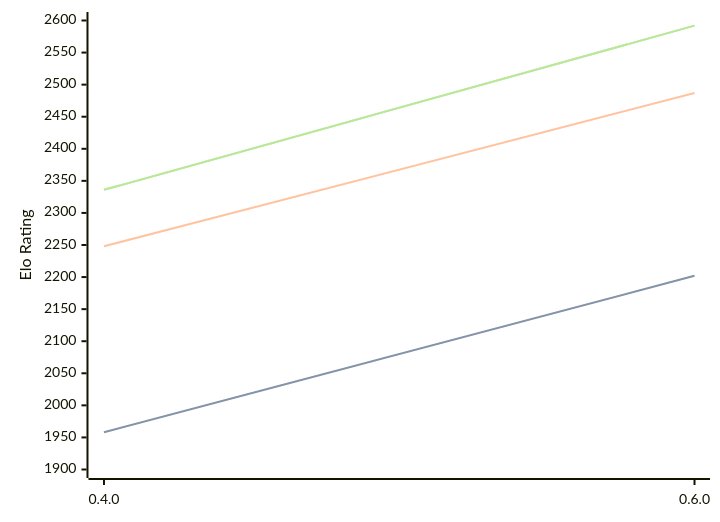
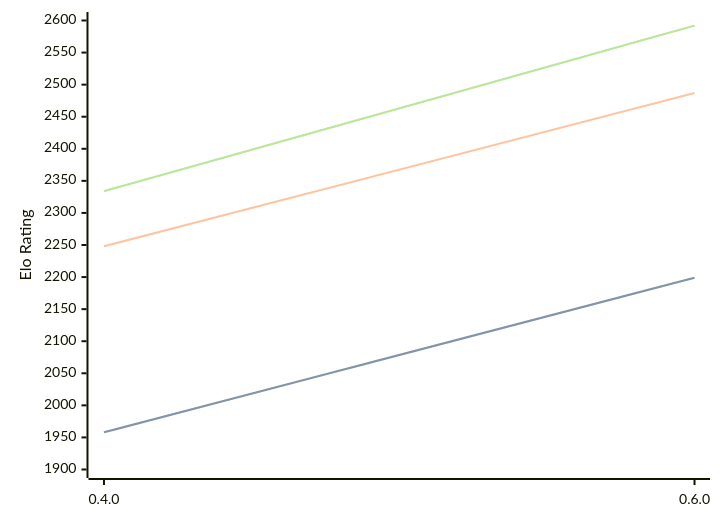
Before and after one commit to computer-chess-index/cci: the diagram in engines/Ariadne.md, drawn with Mermaid. The commit also changed other lines of this file, not shown here.

Commit message:
Update CCI Ratings (ELO VLTC) - 2026-09-05

````diff
--- a/engines/Ariadne.md
+++ b/engines/Ariadne.md
@@ -36,11 +36,11 @@
 ```mermaid
 %%{init: {"theme":"base","themeVariables":{"seriesColors:['#a3a3a3','#222221','#faa371']}}}%%
 xychart-beta
   x-axis ["0.4.0", "0.6.0"]
   y-axis "Elo Rating" 1900 --> 2600
-  line "" [1958, 2202]
-  line "STC (8.0+0.08s)" [1958, 2202]
+  line "" [1958, 2199]
+  line "STC (8.0+0.08s)" [1958, 2199]
   line "LTC (60.0+0.60s)" [2248, 2487]
-  line "" [2336, 2592]
-  line "VLTC (2m24s+1.12s)" [2336, 2592]
+  line "" [2334, 2592]
+  line "VLTC (2m24s+1.12s)" [2334, 2592]
 ```
````
